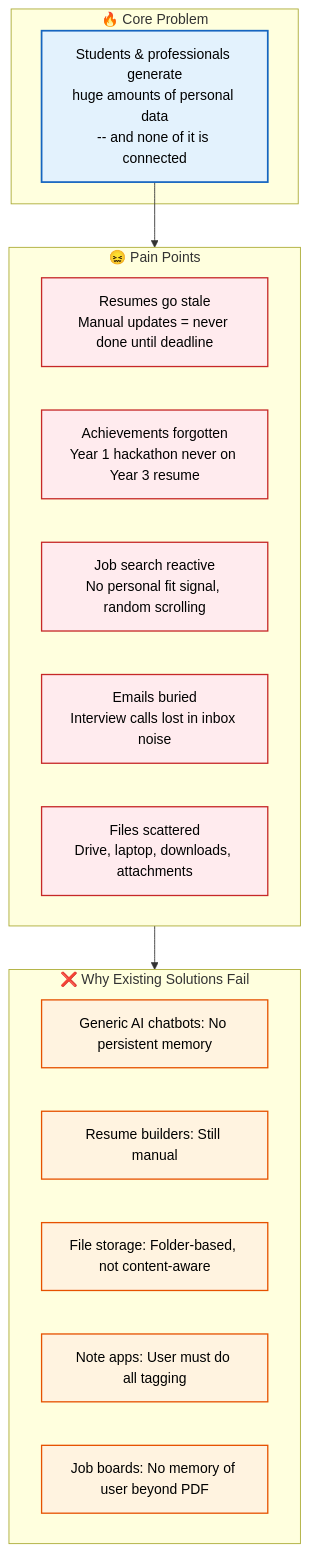
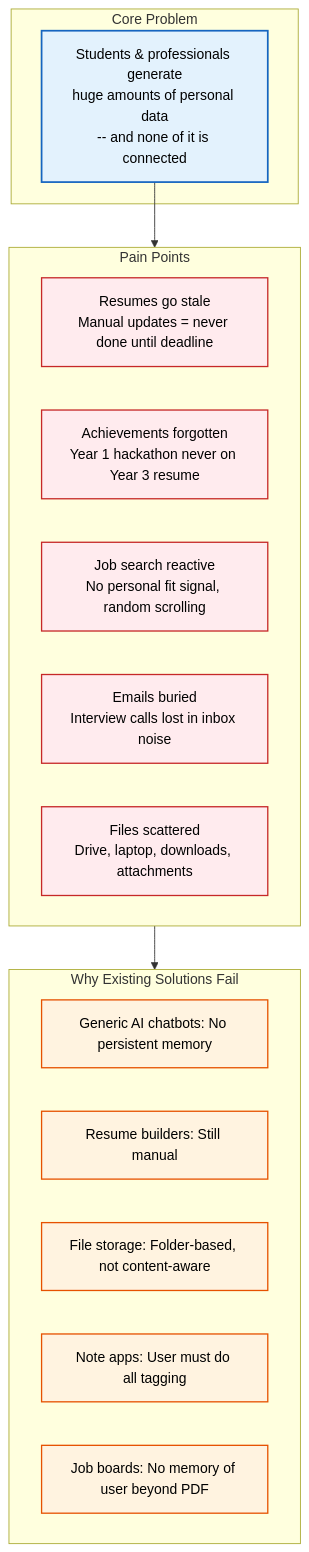
Before and after one commit to Driftloom/Vaeloom: the diagram in docs/product/Problem.md, drawn with Mermaid. The commit also changed 694 other files, not shown here.

First line of the commit message:
docs: mermaid standardization — encoding/mermaid/duplicate cleanup

````diff
--- a/docs/product/Problem.md
+++ b/docs/product/Problem.md
@@ -8,32 +8,32 @@
 ```mermaid
 graph TD
-    classDef core fill:#e3f2fd,stroke:#1565c0,color:#000,stroke-width:2px
-    classDef pain fill:#ffebee,stroke:#c62828,color:#000,stroke-width:1.5px
-    classDef fail fill:#fff3e0,stroke:#e65100,color:#000,stroke-width:1.5px
+ classDef core fill:#e3f2fd,stroke:#1565c0,color:#000,stroke-width:2px
+ classDef pain fill:#ffebee,stroke:#c62828,color:#000,stroke-width:1.5px
+ classDef fail fill:#fff3e0,stroke:#e65100,color:#000,stroke-width:1.5px
 
-    subgraph Core["🔥 Core Problem"]
-        C["Students & professionals generate<br/>huge amounts of personal data<br/>-- and none of it is connected"]
-    end
+ subgraph Core["Core Problem"]
+ C["Students & professionals generate<br/>huge amounts of personal data<br/>-- and none of it is connected"]
+ end
 
-    subgraph Pains["😖 Pain Points"]
-        P1["Resumes go stale<br/>Manual updates = never done until deadline"]
-        P2["Achievements forgotten<br/>Year 1 hackathon never on Year 3 resume"]
-        P3["Job search reactive<br/>No personal fit signal, random scrolling"]
-        P4["Emails buried<br/>Interview calls lost in inbox noise"]
-        P5["Files scattered<br/>Drive, laptop, downloads, attachments"]
-    end
+ subgraph Pains["Pain Points"]
+ P1["Resumes go stale<br/>Manual updates = never done until deadline"]
+ P2["Achievements forgotten<br/>Year 1 hackathon never on Year 3 resume"]
+ P3["Job search reactive<br/>No personal fit signal, random scrolling"]
+ P4["Emails buried<br/>Interview calls lost in inbox noise"]
+ P5["Files scattered<br/>Drive, laptop, downloads, attachments"]
+ end
 
-    subgraph Failures["❌ Why Existing Solutions Fail"]
-        F1["Generic AI chatbots: No persistent memory"]
-        F2["Resume builders: Still manual"]
-        F3["File storage: Folder-based, not content-aware"]
-        F4["Note apps: User must do all tagging"]
-        F5["Job boards: No memory of user beyond PDF"]
-    end
+ subgraph Failures["Why Existing Solutions Fail"]
+ F1["Generic AI chatbots: No persistent memory"]
+ F2["Resume builders: Still manual"]
+ F3["File storage: Folder-based, not content-aware"]
+ F4["Note apps: User must do all tagging"]
+ F5["Job boards: No memory of user beyond PDF"]
+ end
 
-    C --> Pains --> Failures
+ C--> Pains--> Failures
 
-    class C core
-    class P1,P2,P3,P4,P5 pain
-    class F1,F2,F3,F4,F5 fail
+ class C core
+ class P1,P2,P3,P4,P5 pain
+ class F1,F2,F3,F4,F5 fail
 ```
````
